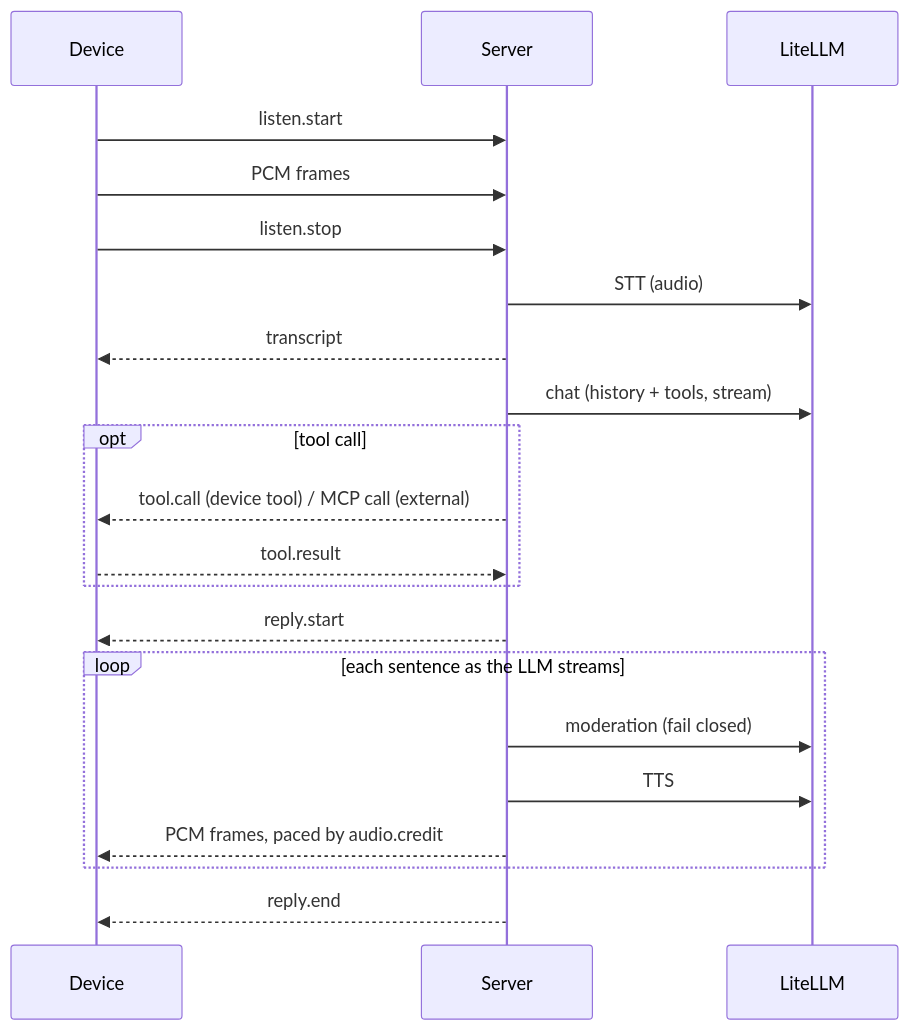
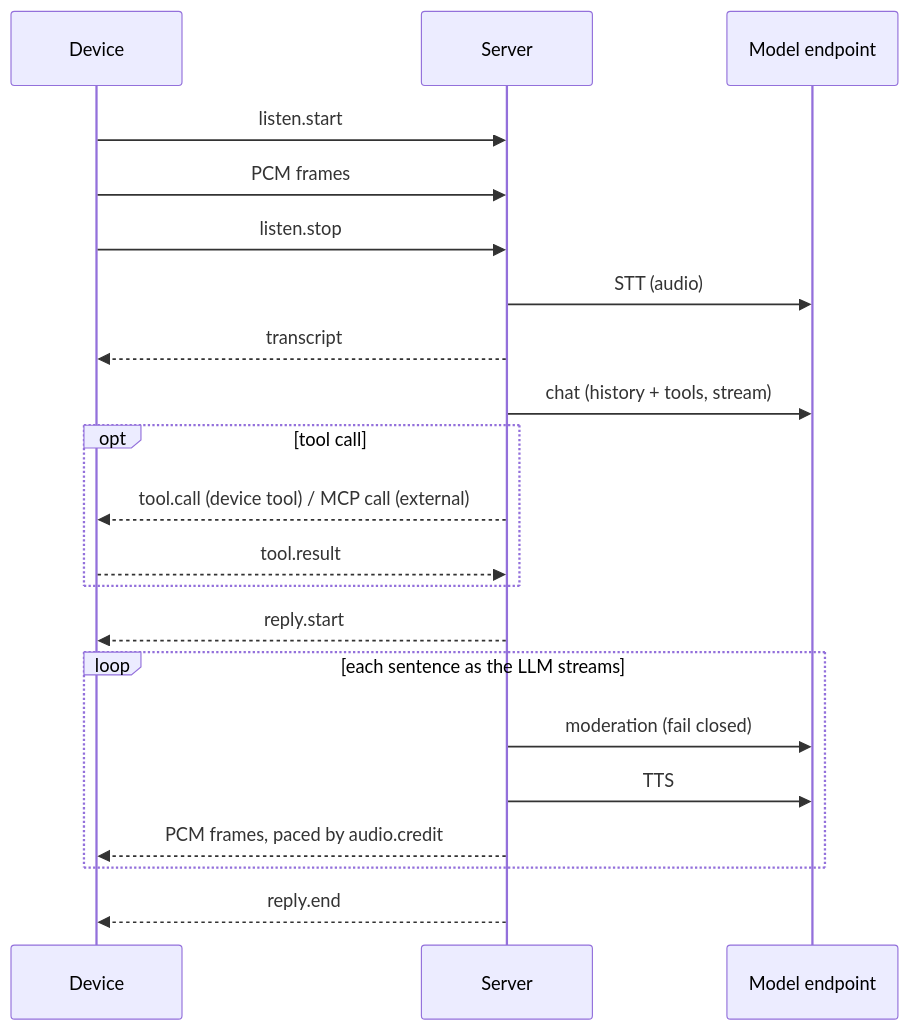
One commit to Stihotvor/open-thought-ai changed the second of 2 diagrams in docs/architecture.md. Above: the diagram before and after it, drawn with Mermaid. The commit also changed other lines of this file and 8 other files, not shown here.

First line of the commit message:
docs: make LiteLLM external and optional (ADR 0002)

````diff
--- a/docs/architecture.md
+++ b/docs/architecture.md
@@ -65,23 +67,23 @@
 ```mermaid
 sequenceDiagram
   participant D as Device
   participant S as Server
-  participant L as LiteLLM
+  participant L as Model endpoint
   D->>S: listen.start
   D->>S: PCM frames
   D->>S: listen.stop
   S->>L: STT (audio)
   S-->>D: transcript
   S->>L: chat (history + tools, stream)
   opt tool call
     S-->>D: tool.call (device tool) / MCP call (external)
     D-->>S: tool.result
   end
   S-->>D: reply.start
   loop each sentence as the LLM streams
     S->>L: moderation (fail closed)
     S->>L: TTS
     S-->>D: PCM frames, paced by audio.credit
   end
   S-->>D: reply.end
 ```
````
